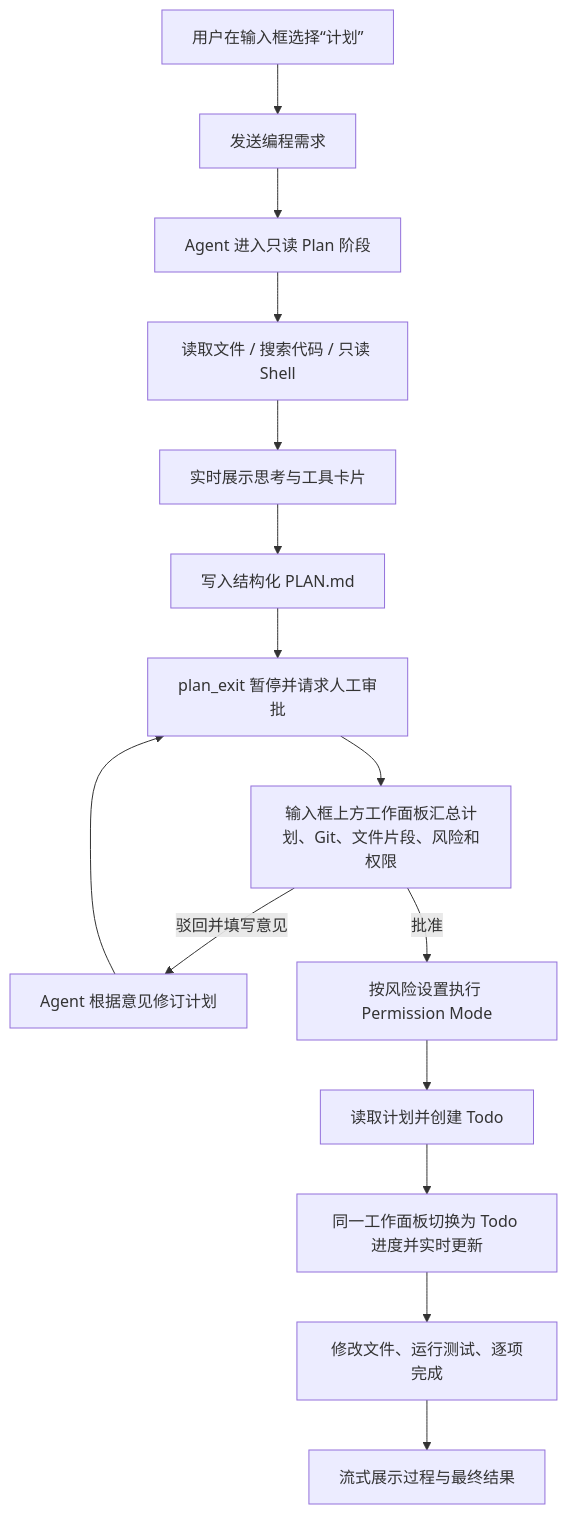
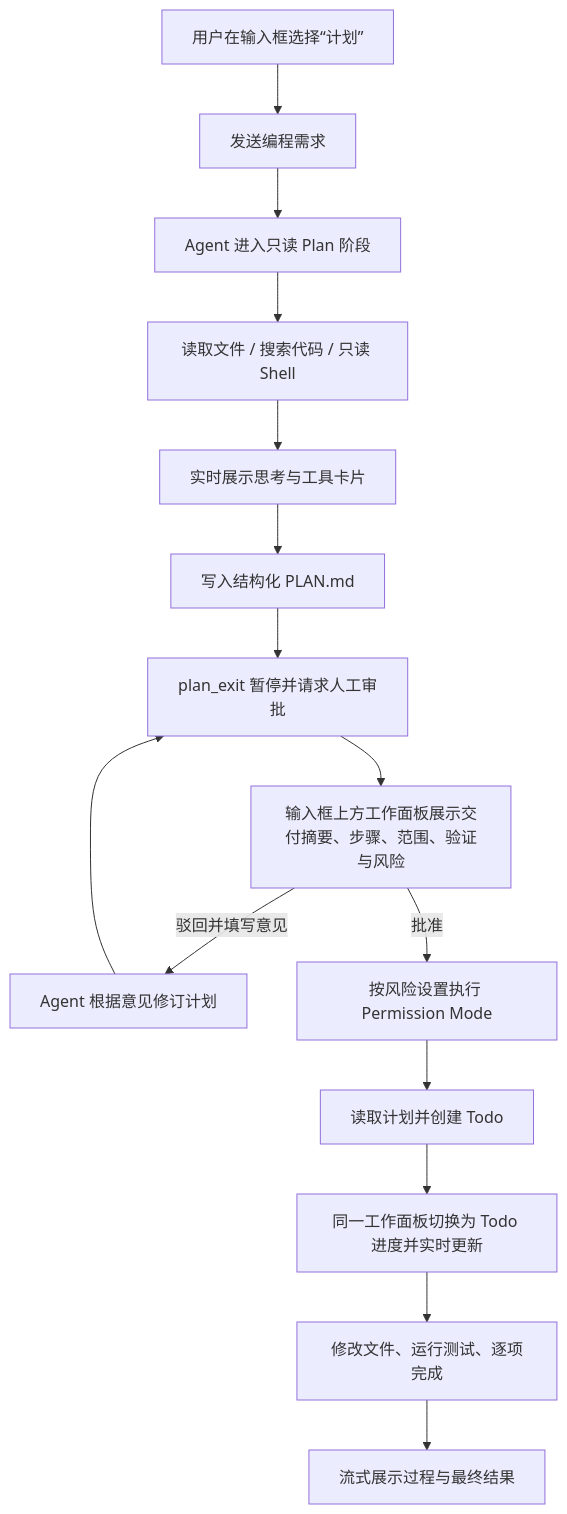
Before and after one commit to spring-ai-alibaba/copilot: the diagram in AgentScope_PlanMode_成果介绍与演示手册.md, drawn with Mermaid. The commit also changed other lines of this file and 16 other files, not shown here.

````diff
--- a/AgentScope_PlanMode_成果介绍与演示手册.md
+++ b/AgentScope_PlanMode_成果介绍与演示手册.md
@@ -34,17 +37,17 @@
 ```mermaid
 flowchart TD
     A["用户在输入框选择“计划”"] --> B["发送编程需求"]
     B --> C["Agent 进入只读 Plan 阶段"]
     C --> D["读取文件 / 搜索代码 / 只读 Shell"]
     D --> E["实时展示思考与工具卡片"]
     E --> F["写入结构化 PLAN.md"]
     F --> G["plan_exit 暂停并请求人工审批"]
-    G --> H["输入框上方工作面板汇总计划、Git、文件片段、风险和权限"]
+    G --> H["输入框上方工作面板展示交付摘要、步骤、范围、验证与风险"]
     H -->|驳回并填写意见| I["Agent 根据意见修订计划"]
     I --> G
     H -->|批准| J["按风险设置执行 Permission Mode"]
     J --> K["读取计划并创建 Todo"]
     K --> L["同一工作面板切换为 Todo 进度并实时更新"]
     L --> M["修改文件、运行测试、逐项完成"]
     M --> N["流式展示过程与最终结果"]
 ```
````
